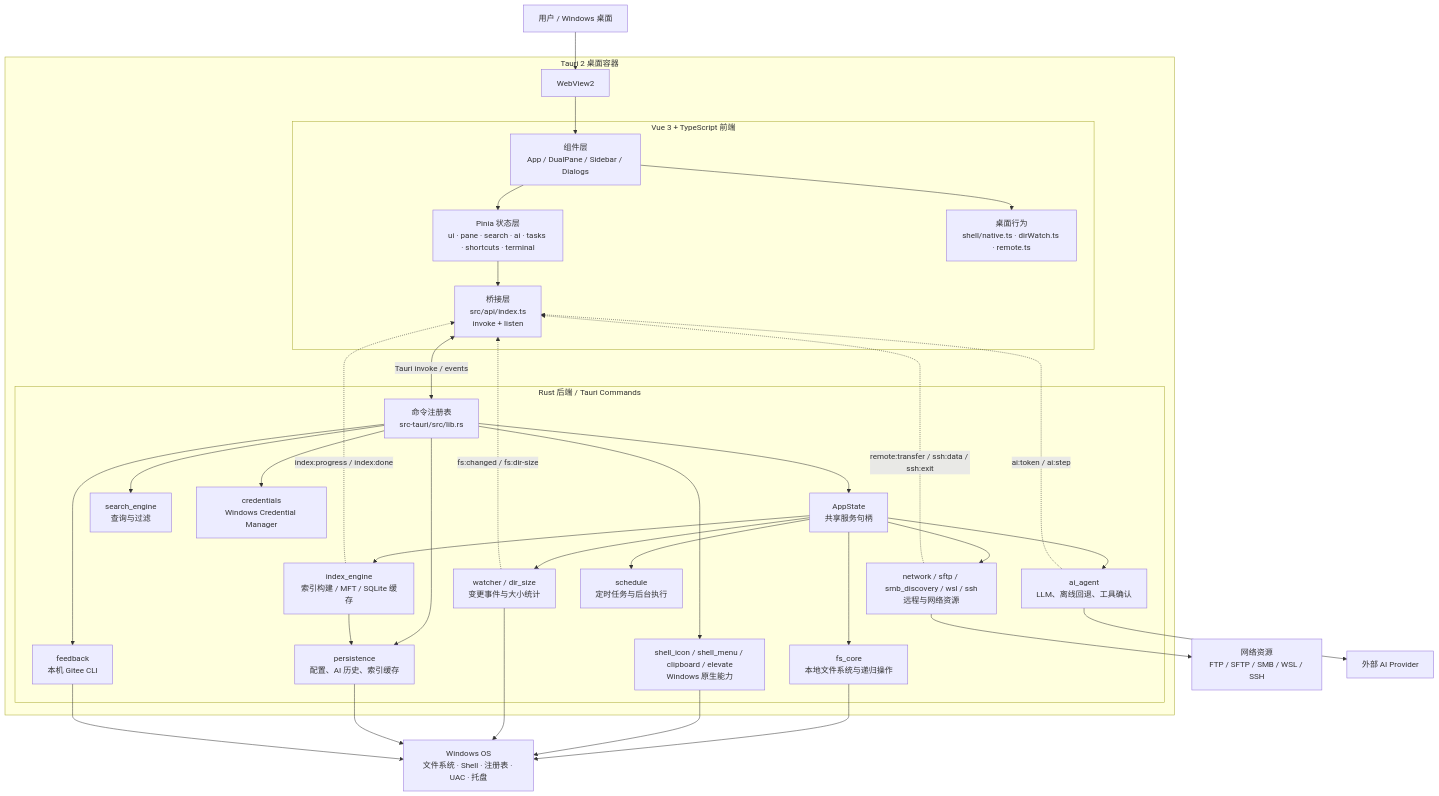
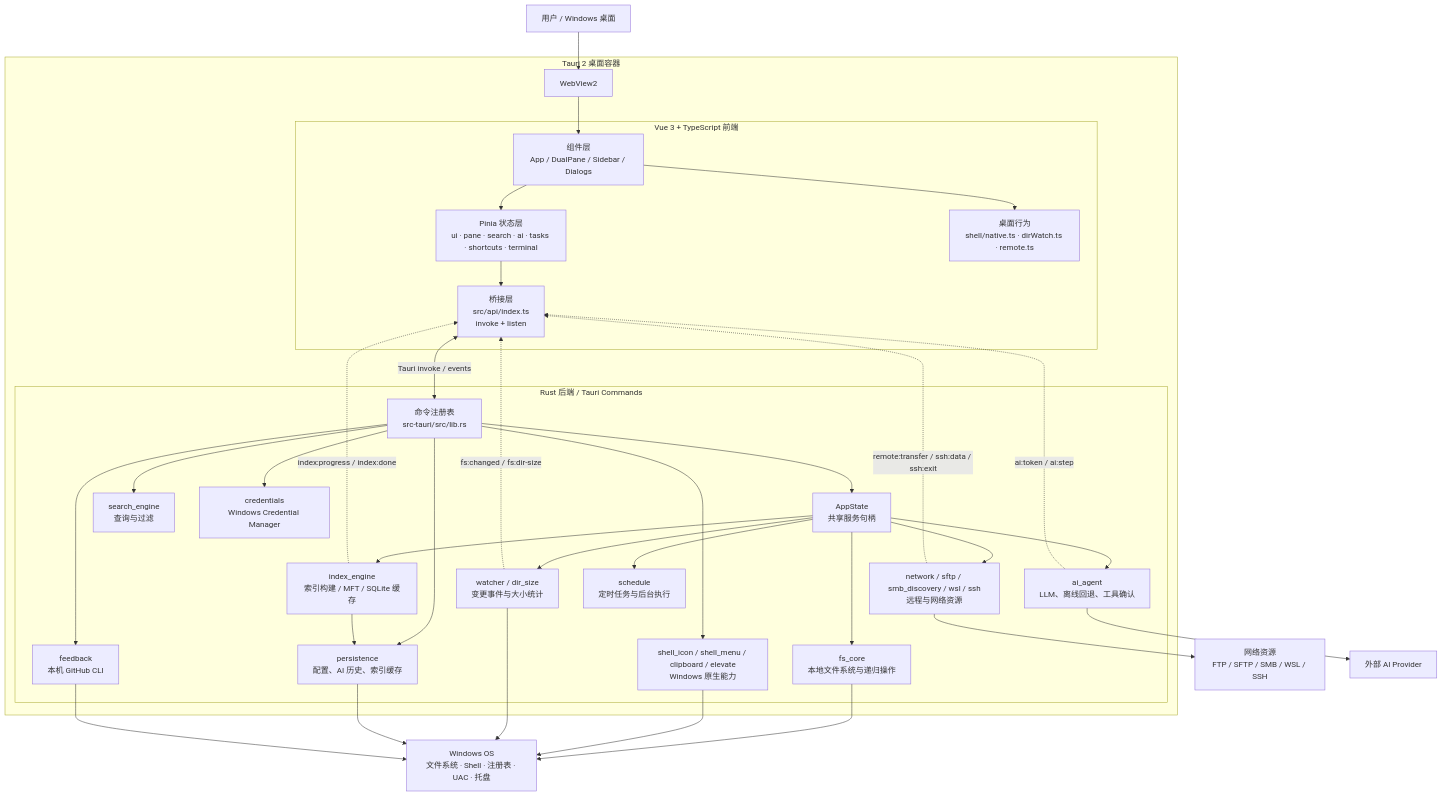
Before and after one commit to siatom/stelix: the second of 2 diagrams in docs/architecture.md, drawn with Mermaid. The commit also changed other lines of this file and 6 other files, not shown here.

First line of the commit message:
feat(feedback): 改用 GitHub CLI 提交 issue

````diff
--- a/docs/architecture.md
+++ b/docs/architecture.md
@@ -52,65 +52,65 @@
 ```mermaid
 flowchart TB
     USER[用户 / Windows 桌面]
     OS[Windows OS\n文件系统 · Shell · 注册表 · UAC · 托盘]
     NET[网络资源\nFTP / SFTP / SMB / WSL / SSH]
     LLM[外部 AI Provider]
 
     subgraph DESKTOP[Tauri 2 桌面容器]
         WEB[WebView2]
         subgraph FRONTEND[Vue 3 + TypeScript 前端]
             VIEW[组件层\nApp / DualPane / Sidebar / Dialogs]
             STORE[Pinia 状态层\nui · pane · search · ai · tasks · shortcuts · terminal]
             BRIDGE[桥接层\nsrc/api/index.ts\ninvoke + listen]
             SHELLJS[桌面行为\nshell/native.ts · dirWatch.ts · remote.ts]
         end
 
         subgraph BACKEND[Rust 后端 / Tauri Commands]
             CMD[命令注册表\nsrc-tauri/src/lib.rs]
             STATE[AppState\n共享服务句柄]
             FSC[fs_core\n本地文件系统与递归操作]
             NETC[network / sftp / smb_discovery / wsl / ssh\n远程与网络资源]
             INDEX[index_engine\n索引构建 / MFT / SQLite 缓存]
             SEARCHC[search_engine\n查询与过滤]
             WATCHER[watcher / dir_size\n变更事件与大小统计]
             AIS[ai_agent\nLLM、离线回退、工具确认]
             SCHED[schedule\n定时任务与后台执行]
             SYS[shell_icon / shell_menu / clipboard / elevate\nWindows 原生能力]
             PERSIST[persistence\n配置、AI 历史、索引缓存]
             CREDS[credentials\nWindows Credential Manager]
-            FEED[feedback\n本机 Gitee CLI]
+            FEED[feedback\n本机 GitHub CLI]
         end
     end
 
     USER --> WEB
     WEB --> VIEW
     VIEW --> STORE
     STORE --> BRIDGE
     VIEW --> SHELLJS
     BRIDGE <-->|Tauri invoke / events| CMD
     CMD --> STATE
     STATE --> FSC
     STATE --> NETC
     STATE --> INDEX
     STATE --> WATCHER
     STATE --> AIS
     STATE --> SCHED
     CMD --> SEARCHC
     CMD --> SYS
     CMD --> PERSIST
     CMD --> CREDS
     CMD --> FEED
 
     FSC --> OS
     SYS --> OS
     WATCHER --> OS
     PERSIST --> OS
     NETC --> NET
     AIS --> LLM
     FEED --> OS
     INDEX --> PERSIST
     WATCHER -. fs:changed / fs:dir-size .-> BRIDGE
     INDEX -. index:progress / index:done .-> BRIDGE
     AIS -. ai:token / ai:step .-> BRIDGE
     NETC -. remote:transfer / ssh:data / ssh:exit .-> BRIDGE
 ```
````
